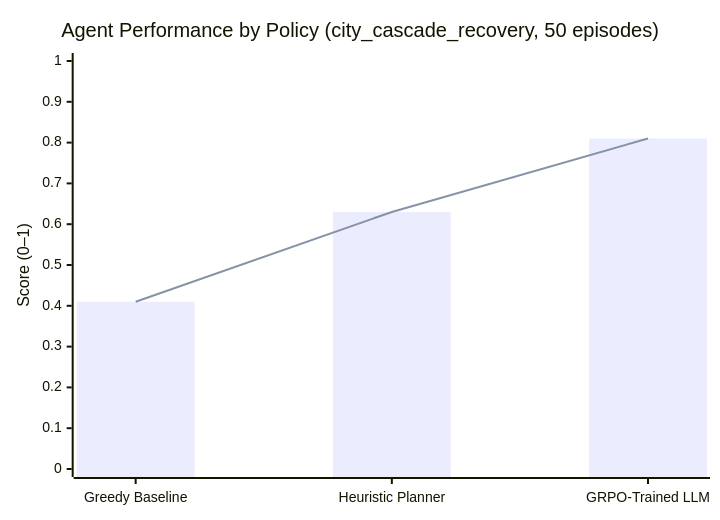
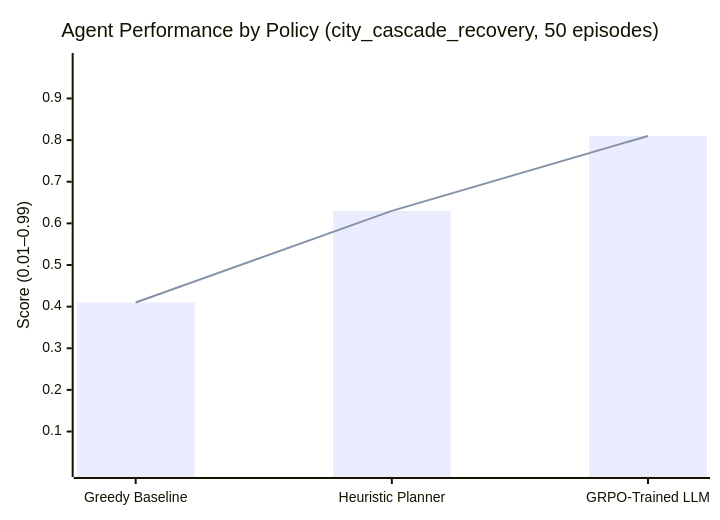
One commit to Ankitpatil944/blackout-city changed the eighth of 11 diagrams in README.md. Above: the diagram before and after it, drawn with Mermaid. The commit also changed other lines of this file and 2 other files, not shown here.

Commit message:
readme update

````diff
--- a/README.md
+++ b/README.md
@@ -363,8 +363,8 @@
 ```mermaid
 xychart-beta
     title "Agent Performance by Policy  (city_cascade_recovery, 50 episodes)"
     x-axis ["Greedy Baseline", "Heuristic Planner", "GRPO-Trained LLM"]
-    y-axis "Score  (0–1)" 0 --> 1
+    y-axis "Score  (0.01–0.99)" 0.01 --> 0.99
     bar [0.41, 0.63, 0.81]
     line [0.41, 0.63, 0.81]
 ```
````
